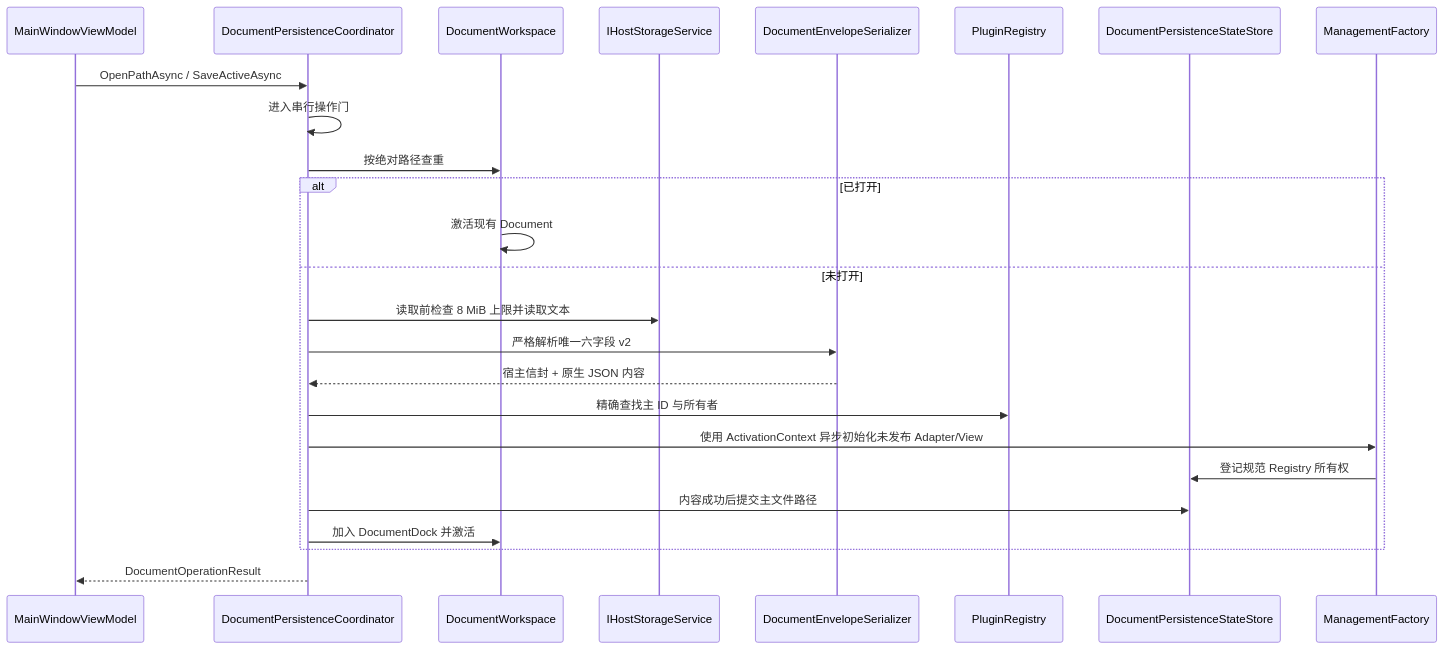
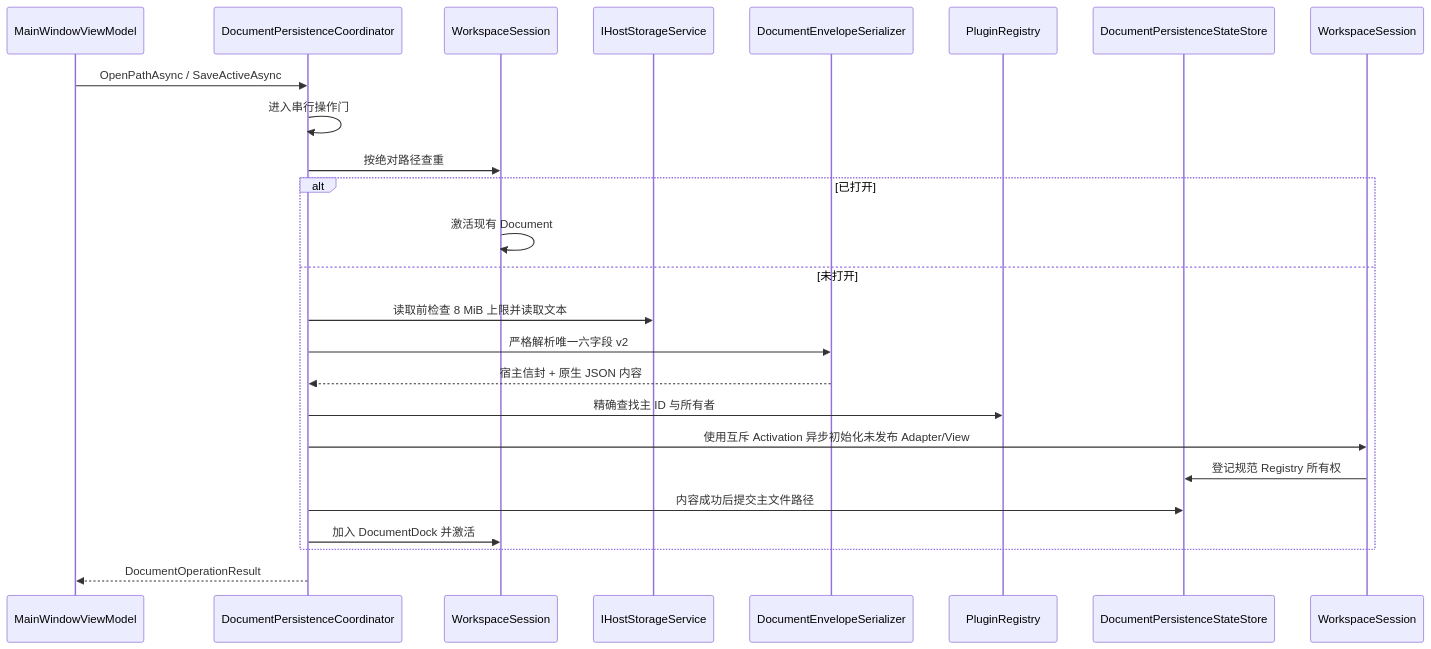
One commit to crownclowngx/avalonia_dock_simple_test changed the second of 2 diagrams in Host/MyAvaloniaManagement/docs/design/architecture.md. Above: the diagram before and after it, drawn with Mermaid. The commit also changed other lines of this file and 56 other files, not shown here.

````diff
--- a/Host/MyAvaloniaManagement/docs/design/architecture.md
+++ b/Host/MyAvaloniaManagement/docs/design/architecture.md
@@ -240,28 +254,28 @@
 ```mermaid
 sequenceDiagram
     participant VM as MainWindowViewModel
     participant C as DocumentPersistenceCoordinator
-    participant W as DocumentWorkspace
+    participant W as WorkspaceSession
     participant S as IHostStorageService
     participant E as DocumentEnvelopeSerializer
     participant R as PluginRegistry
     participant P as DocumentPersistenceStateStore
-    participant F as ManagementFactory
+    participant F as WorkspaceSession
 
     VM->>C: OpenPathAsync / SaveActiveAsync
     C->>C: 进入串行操作门
     C->>W: 按绝对路径查重
     alt 已打开
         W->>W: 激活现有 Document
     else 未打开
         C->>S: 读取前检查 8 MiB 上限并读取文本
         C->>E: 严格解析唯一六字段 v2
         E-->>C: 宿主信封 + 原生 JSON 内容
         C->>R: 精确查找主 ID 与所有者
-        C->>F: 使用 ActivationContext 异步初始化未发布 Adapter/View
+        C->>F: 使用互斥 Activation 异步初始化未发布 Adapter/View
         F->>P: 登记规范 Registry 所有权
         C->>P: 内容成功后提交主文件路径
         C->>W: 加入 DocumentDock 并激活
     end
     C-->>VM: DocumentOperationResult
 ```
````
